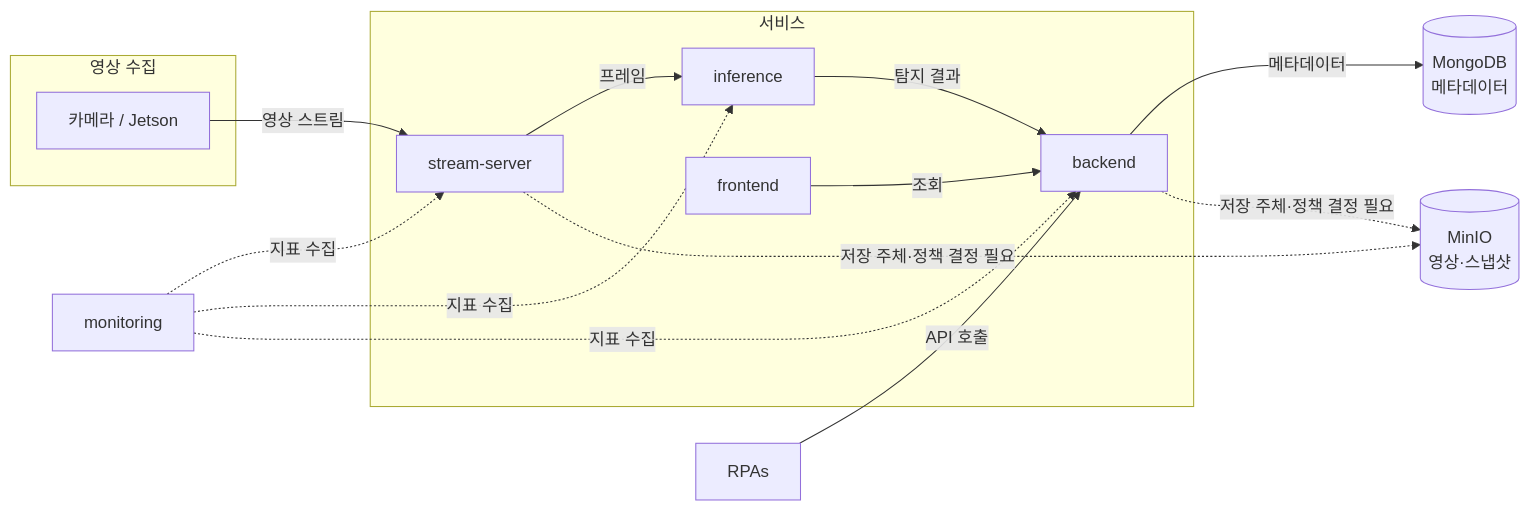
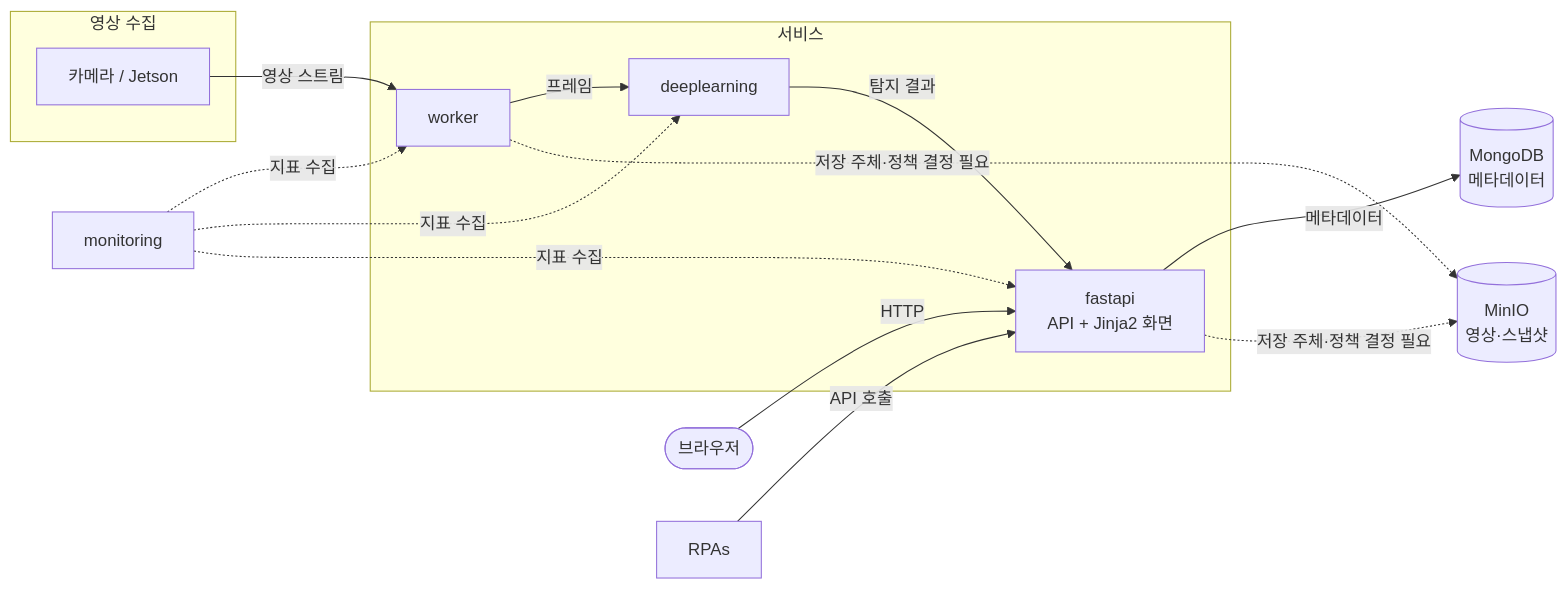
One commit to where-is-jo/classroom_monitoring changed the diagram in docs/architecture/overview.md. Above: the diagram before and after it, drawn with Mermaid. The commit also changed other lines of this file and 32 other files, not shown here.

````diff
--- a/docs/architecture/overview.md
+++ b/docs/architecture/overview.md
@@ -27,30 +26,31 @@
 ```mermaid
 flowchart LR
     subgraph edge[영상 수집]
         CAM[카메라 / Jetson]
     end
 
     subgraph core[서비스]
-        STREAM[stream-server]
-        INFER[inference]
-        API[backend]
-        WEB[frontend]
+        STREAM[worker]
+        INFER[deeplearning]
+        API[fastapi<br/>API + Jinja2 화면]
     end
+
+    BROWSER([브라우저])
 
     STORE[(MongoDB<br/>메타데이터)]
     OBJ[(MinIO<br/>영상·스냅샷)]
     MON[monitoring]
     RPA[RPAs]
 
     CAM -->|영상 스트림| STREAM
     STREAM -->|프레임| INFER
     INFER -->|탐지 결과| API
     API -->|메타데이터| STORE
     API -.->|저장 주체·정책 결정 필요| OBJ
     STREAM -.->|저장 주체·정책 결정 필요| OBJ
-    WEB -->|조회| API
+    BROWSER -->|HTTP| API
     RPA -->|API 호출| API
     MON -.->|지표 수집| STREAM
     MON -.->|지표 수집| INFER
     MON -.->|지표 수집| API
 ```
````
